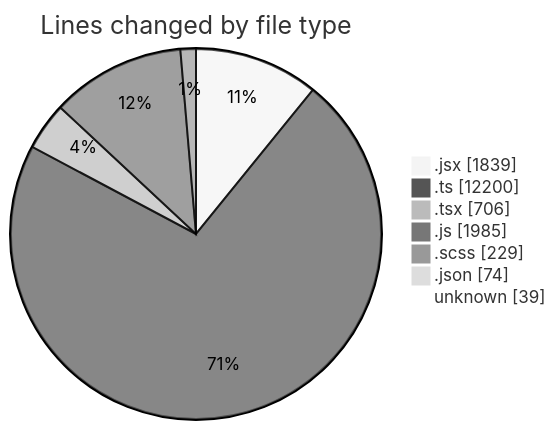
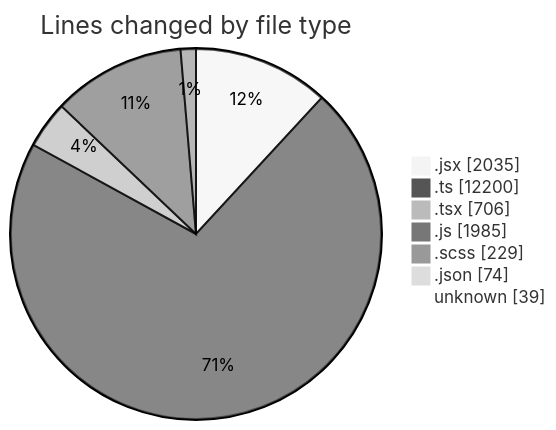
Before and after one commit to momahboobian/code-tracking: the first of 2 diagrams in 2025-06-05/cda/README.md, drawn with Mermaid (neutral theme). The commit also changed other lines of this file and 1 other file, not shown here.

````diff
--- a/2025-06-05/cda/README.md
+++ b/2025-06-05/cda/README.md
@@ -47,11 +49,11 @@
 ```mermaid
 pie showData
 title Lines changed by file type
-".jsx" : 1839
+".jsx" : 2035
 ".ts" : 12200
 ".tsx" : 706
 ".js" : 1985
 ".scss" : 229
 ".json" : 74
 "unknown" : 39
 ```
````
